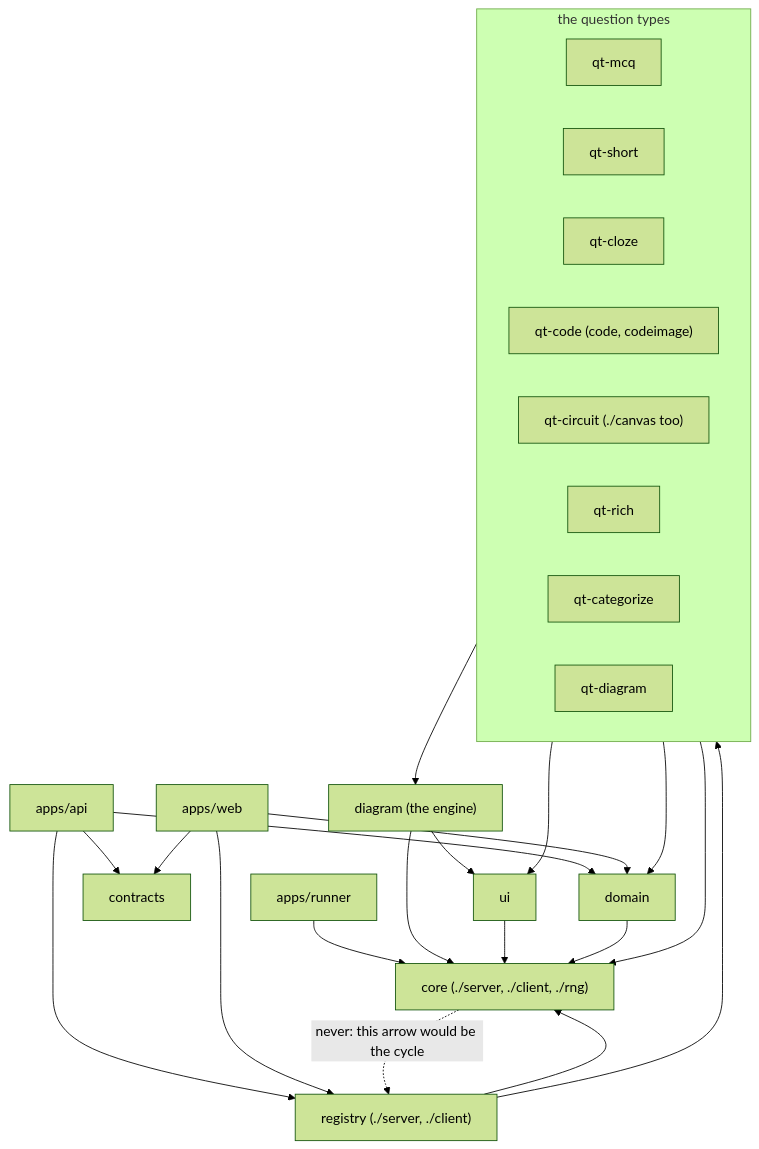
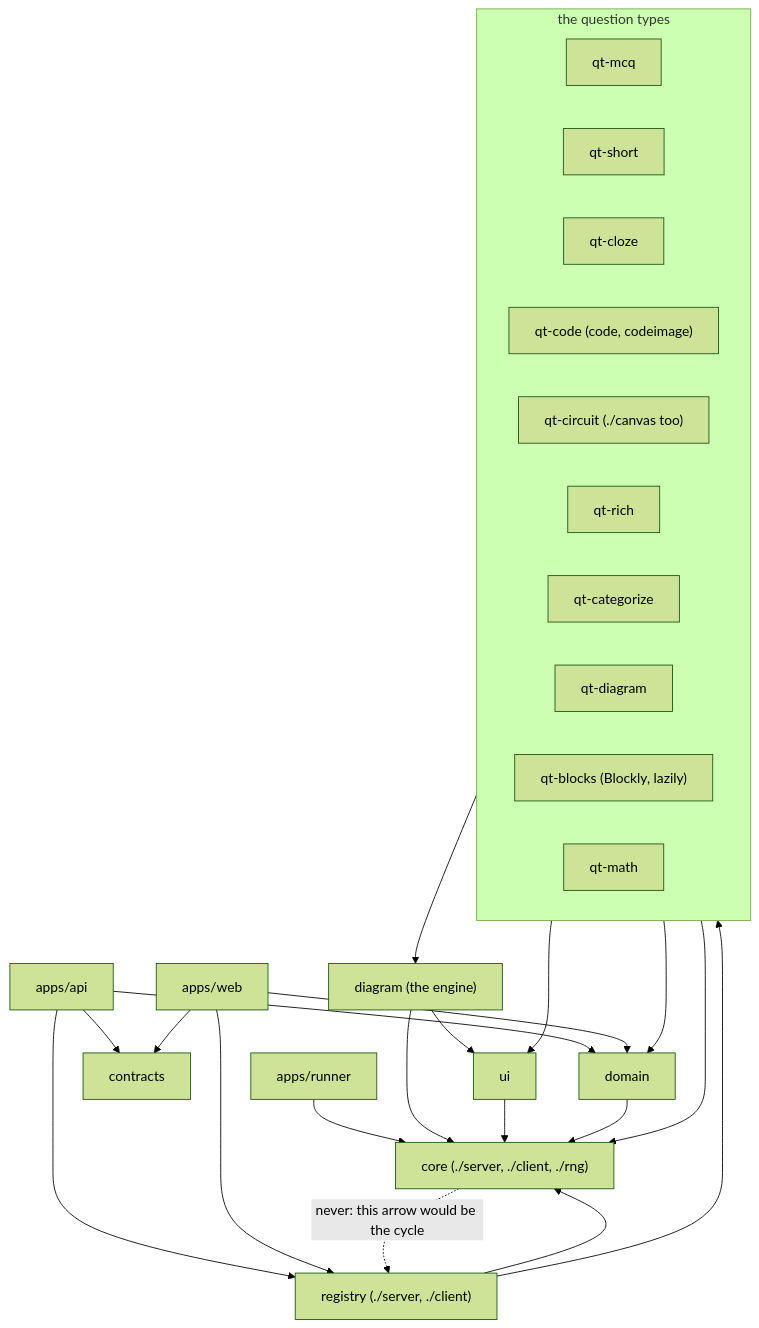
One commit to heig-tin-info/heig-quiz changed the second of 8 diagrams in docs/development/architecture.md. Above: the diagram before and after it, drawn with Mermaid (forest theme). The commit also changed other lines of this file and 23 other files, not shown here.

````diff
--- a/docs/development/architecture.md
+++ b/docs/development/architecture.md
@@ -59,41 +59,43 @@
 ```mermaid
 flowchart TB
   API["apps/api"]
   WEB["apps/web"]
   RUNNER["apps/runner"]
   REG["registry (./server, ./client)"]
   CON["contracts"]
   DOM["domain"]
   CORE["core (./server, ./client, ./rng)"]
   UI["ui"]
   subgraph QT["the question types"]
     direction LR
     MCQ["qt-mcq"]
     SHORT["qt-short"]
     CLOZE["qt-cloze"]
     CODE["qt-code (code, codeimage)"]
     CIRCUIT["qt-circuit (./canvas too)"]
     RICH["qt-rich"]
     CATEGORIZE["qt-categorize"]
     DIAGRAMQT["qt-diagram"]
+    BLOCKS["qt-blocks (Blockly, lazily)"]
+    MATH["qt-math"]
   end
   DIAGRAM["diagram (the engine)"]
   API --> CON
   API --> REG
   API --> DOM
   WEB --> CON
   WEB --> REG
   WEB --> DOM
   RUNNER --> CORE
   REG --> QT
   REG --> CORE
   QT --> DOM
   QT --> UI
   QT --> CORE
   DIAGRAMQT --> DIAGRAM
   DIAGRAM --> UI
   DIAGRAM --> CORE
   UI --> CORE
   DOM --> CORE
   CORE -. "never: this arrow would be the cycle" .-> REG
 ```
````
